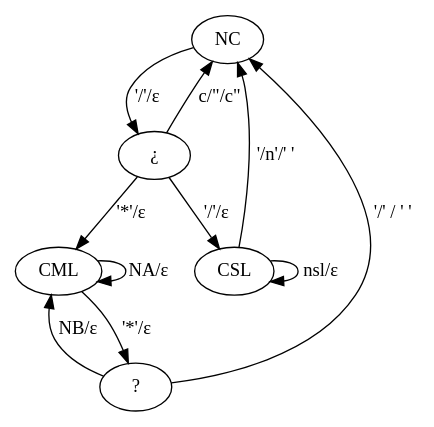
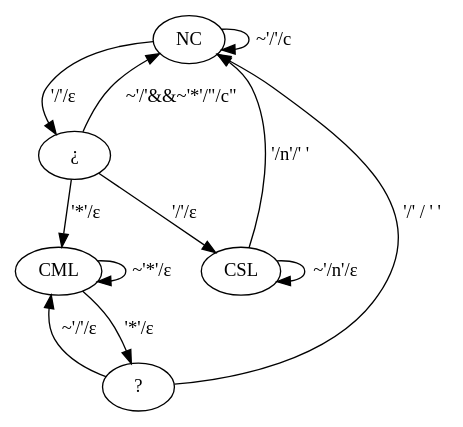
The diagram in 03-Historigrama/comentario.gv (JuanManuelRama/SSL), drawn with Graphviz before and after one commit.

Commit message:
Digrafo de comentario

```diff
--- a/03-Historigrama/comentario.gv
+++ b/03-Historigrama/comentario.gv
@@ -1,13 +1,14 @@
 digraph Comentario{
+    NC->NC[label="~'/'/c"];
     NC->¿[label="'/'/ε"];
-    ¿->NC[label="c/\"/c\""];
+    ¿->NC[label="~'/'&&~'*'/\"/c\""];
     ¿->CSL[label="'/'/ε"];
     ¿->CML[label="'*'/ε"];
-    CSL->CSL[label="nsl/ε"];
+    CSL->CSL[label="~'/n'/ε"];
     CSL->NC[label="'/n'/' '"];
-    CML->CML[label="NA/ε"];
+    CML->CML[label="~'*'/ε"];
     A[label="?"];
     CML->A[label="'*'/ε"];
-    A->CML[label="NB/ε"];
+    A->CML[label="~'/'/ε"];
     A->NC[label="'/' / ' '"];
 }
```
